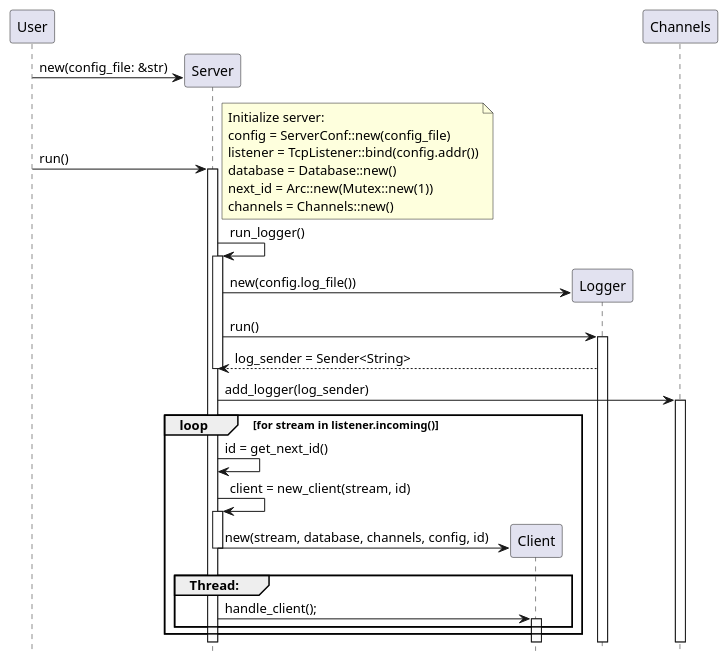
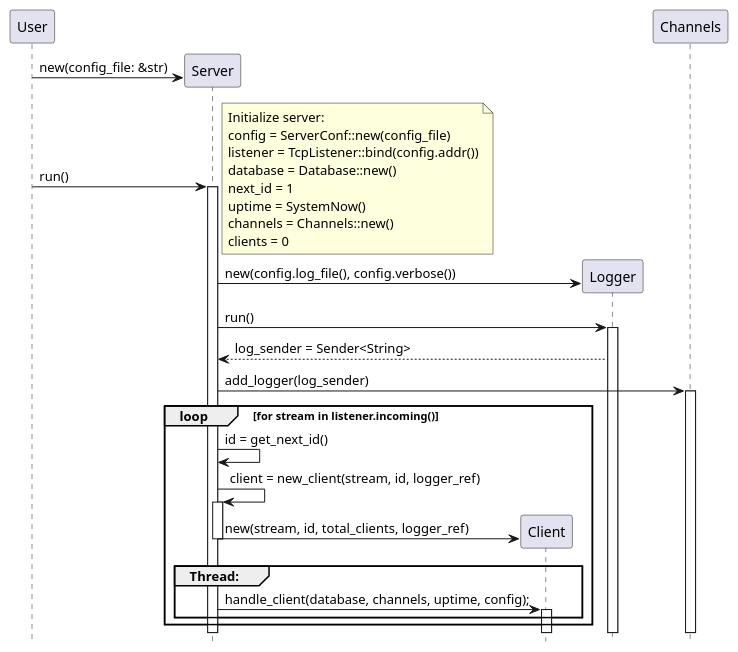
Before and after one commit to taller-1-fiuba-rust/21C1-OxidadosFC: the diagram in src/Diagramas/start_redis.puml, drawn with PlantUML. The commit also changed 2 other files, not shown here.

Commit message:
handle_client redis and start_redis updated

```diff
--- a/src/Diagramas/start_redis.puml
+++ b/src/Diagramas/start_redis.puml
@@ -1,33 +1,31 @@
 @startuml start_redis
 hide footbox
 participant User order 10
 participant Server order 20
 participant Client order 30
 participant Logger order 40
 participant Channels order 50
 
 create Server
 User -> Server: new(config_file: &str)
 User -> Server ++: run()
-note right: Initialize server:\nconfig = ServerConf::new(config_file)\nlistener = TcpListener::bind(config.addr())\ndatabase = Database::new()\nnext_id = Arc::new(Mutex::new(1))\nchannels = Channels::new()
+note right: Initialize server:\nconfig = ServerConf::new(config_file)\nlistener = TcpListener::bind(config.addr())\ndatabase = Database::new()\nnext_id = 1\nuptime = SystemNow()\nchannels = Channels::new()\nclients = 0
 
-Server -> Server ++: run_logger()
 create Logger
-Server -> Logger : new(config.log_file())
+Server -> Logger : new(config.log_file(), config.verbose())
 Server -> Logger ++: run()
 Logger --> Server: log_sender = Sender<String>
-deactivate Server
 
 Server -> Channels ++: add_logger(log_sender)
     loop for stream in listener.incoming()
         Server -> Server: id = get_next_id()
-        Server -> Server ++: client = new_client(stream, id)
+        Server -> Server ++: client = new_client(stream, id, logger_ref)
         create Client
-        Server -> Client : new(stream, database, channels, config, id)
+        Server -> Client : new(stream, id, total_clients, logger_ref)
         deactivate Server
         group Thread:
-            Server -> Client ++: handle_client();
+            Server -> Client ++: handle_client(database, channels, uptime, config);
         end
     end
 
 @enduml
```
